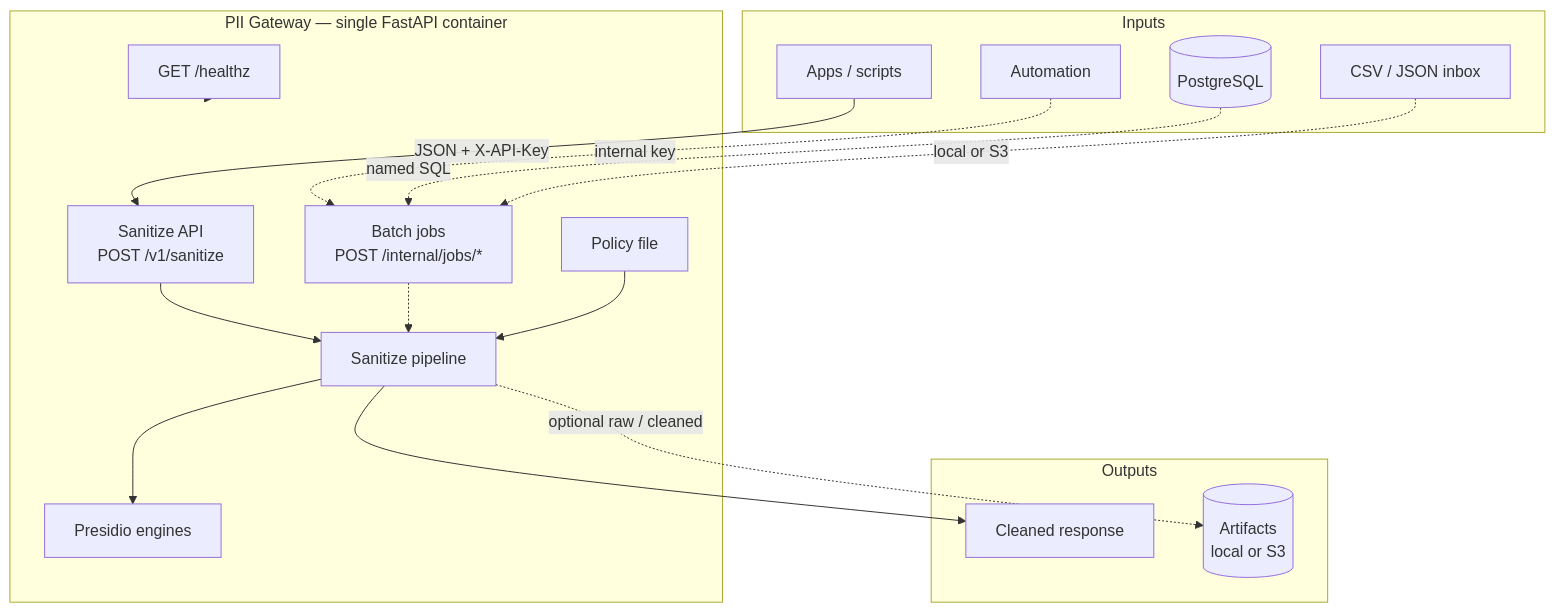
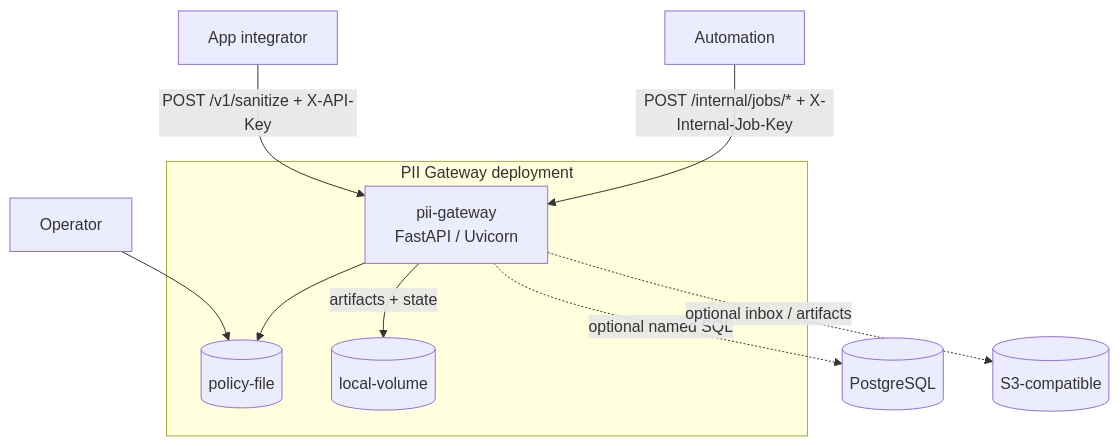
One commit to aryanjohari/pii-gateway changed the diagram in docs/architecture.mmd. Above: the diagram before and after it, drawn with Mermaid. The commit also changed 15 other files, not shown here.

```diff
--- a/docs/architecture.mmd
+++ b/docs/architecture.mmd
@@ -1,37 +1,26 @@
-%% PII Gateway — portfolio / How it works diagram (aligned with C2)
-%% Canonical Mermaid source. Keep in sync with docs/c4/2-containers.* and architecture.graph.json.
+%% PII Gateway — C2 flowchart alias (NON-CANONICAL)
+%% Source of truth: docs/c4/2-containers.mmd (+ docs/c4/portfolio-map.json)
+%% Keep this file aligned with C2 containers only — no pipeline/Presidio boxes.
 %% View: https://mermaid.live  |  local: open docs/view-architecture.html
 
 flowchart TB
-  subgraph inputs["Inputs"]
-    APP[Apps / scripts]
-    AUTO[Automation]
-    PG[(PostgreSQL)]
-    INBOX[CSV / JSON inbox]
+  integrator[App integrator]
+  automator[Automation]
+  operator[Operator]
+
+  subgraph deployment["PII Gateway deployment"]
+    gw["pii-gateway<br/>FastAPI / Uvicorn"]
+    policy[(policy-file)]
+    local[(local-volume)]
   end
 
-  subgraph core["PII Gateway — single FastAPI container"]
-    SAN[Sanitize API<br/>POST /v1/sanitize]
-    JOBS[Batch jobs<br/>POST /internal/jobs/*]
-    HZ[GET /healthz]
-    POL[Policy file]
-    PIPE[Sanitize pipeline]
-    PR[Presidio engines]
-  end
+  postgres[(PostgreSQL)]
+  s3[(S3-compatible)]
 
-  subgraph outputs["Outputs"]
-    RESP[Cleaned response]
-    ART[(Artifacts<br/>local or S3)]
-  end
-
-  APP -->|JSON + X-API-Key| SAN
-  AUTO -.->|internal key| JOBS
-  PG -.->|named SQL| JOBS
-  INBOX -.->|local or S3| JOBS
-  SAN --> PIPE
-  JOBS -.-> PIPE
-  POL --> PIPE
-  PIPE --> PR
-  PIPE --> RESP
-  PIPE -.->|optional raw / cleaned| ART
-  HZ -.-> core
+  integrator -->|"POST /v1/sanitize + X-API-Key"| gw
+  automator -->|"POST /internal/jobs/* + X-Internal-Job-Key"| gw
+  operator --> policy
+  gw --> policy
+  gw -.->|optional named SQL| postgres
+  gw -.->|optional inbox / artifacts| s3
+  gw -->|artifacts + state| local
```
